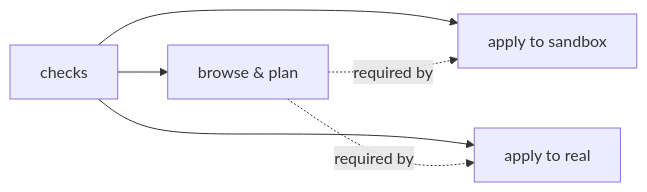
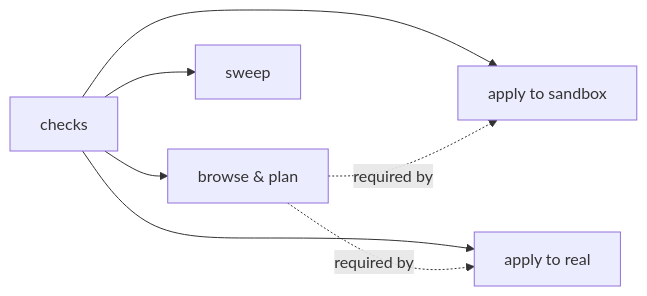
One commit to jfryman/sluice changed the diagram in lode/doctor.md. Above: the diagram before and after it, drawn with Mermaid. The commit also changed other lines of this file and 38 other files, not shown here.

````diff
--- a/lode/doctor.md
+++ b/lode/doctor.md
@@ -11,8 +11,9 @@
 ```mermaid
 flowchart LR
   C[checks] --> B[browse & plan]
   C --> S[apply to sandbox]
   C --> R[apply to real]
+  C --> W[sweep]
   B -.required by.-> S
   B -.required by.-> R
 ```
````
